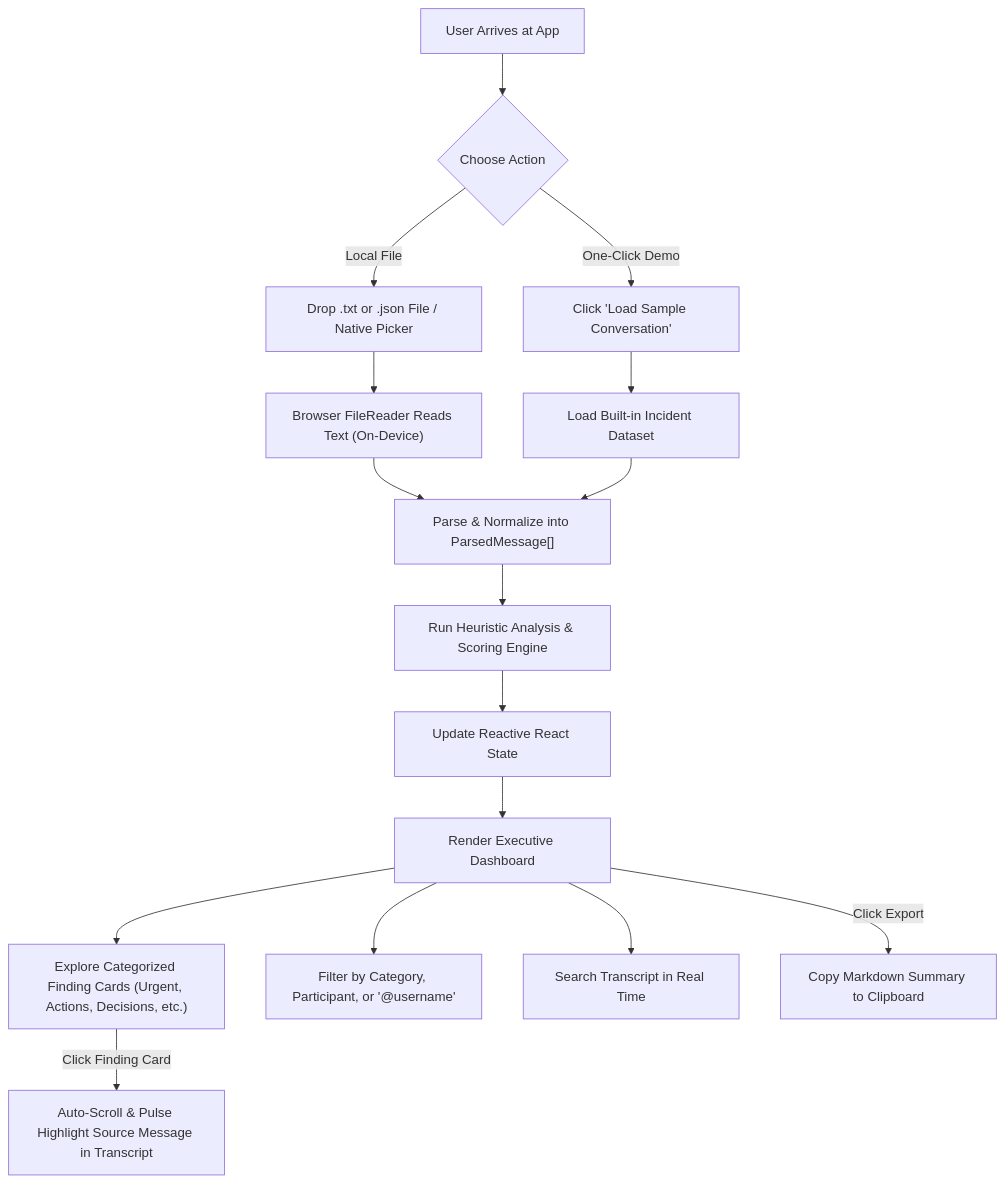
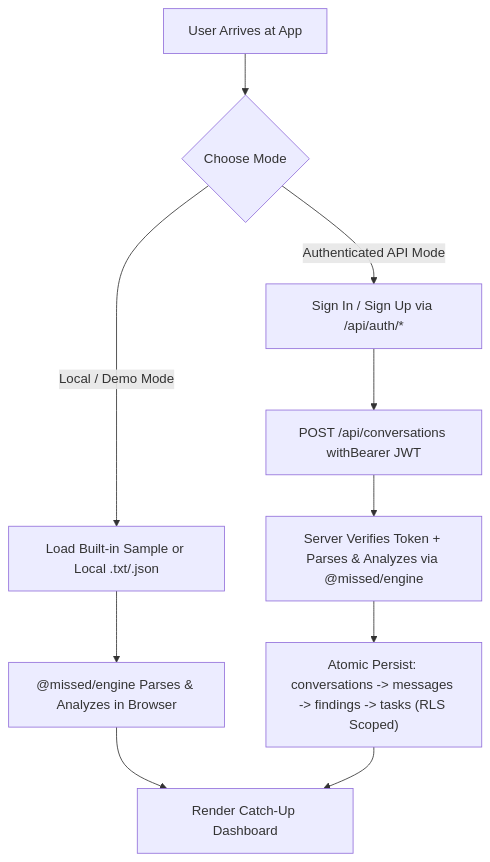
One commit to an-bmsit-0277/what-did-i-miss changed the first of 2 diagrams in docs/ARCHITECTURE.md. Above: the diagram before and after it, drawn with Mermaid. The commit also changed other lines of this file and 29 other files, not shown here.

````diff
--- a/docs/ARCHITECTURE.md
+++ b/docs/ARCHITECTURE.md
@@ -42,23 +43,14 @@
 ```mermaid
 flowchart TD
-    A["User Arrives at App"] --> B{"Choose Action"}
-    B -->|"One-Click Demo"| C["Click 'Load Sample Conversation'"]
-    B -->|"Local File"| D["Drop .txt or .json File / Native Picker"]
-    
-    C --> E["Load Built-in Incident Dataset"]
-    D --> F["Browser FileReader Reads Text (On-Device)"]
-    
-    F --> G["Parse & Normalize into ParsedMessage[]"]
-    E --> G
-    
-    G --> H["Run Heuristic Analysis & Scoring Engine"]
-    H --> I["Update Reactive React State"]
-    
-    I --> J["Render Executive Dashboard"]
-    J --> K["Explore Categorized Finding Cards (Urgent, Actions, Decisions, etc.)"]
-    J --> L["Filter by Category, Participant, or '@username'"]
-    J --> M["Search Transcript in Real Time"]
-    
-    K -->|"Click Finding Card"| N["Auto-Scroll & Pulse Highlight Source Message in Transcript"]
-    J -->|"Click Export"| O["Copy Markdown Summary to Clipboard"]
+    A["User Arrives at App"] --> B{"Choose Mode"}
+    B -->|"Local / Demo Mode"| C["Load Built-in Sample or Local .txt/.json"]
+    B -->|"Authenticated API Mode"| D["Sign In / Sign Up via /api/auth/*"]
+
+    C --> E["@missed/engine Parses & Analyzes in Browser"]
+    E --> F["Render Catch-Up Dashboard"]
+
+    D --> G["POST /api/conversations withBearer JWT"]
+    G --> H["Server Verifies Token + Parses & Analyzes via @missed/engine"]
+    H --> I["Atomic Persist: conversations -> messages -> findings -> tasks (RLS Scoped)"]
+    I --> F
 ```
````
